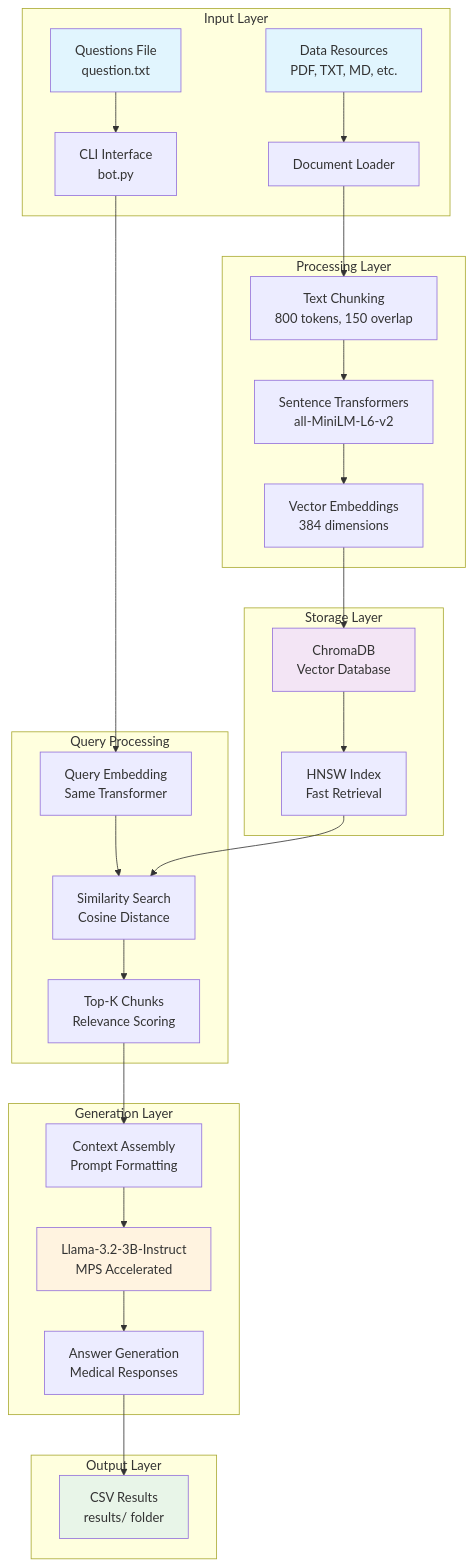
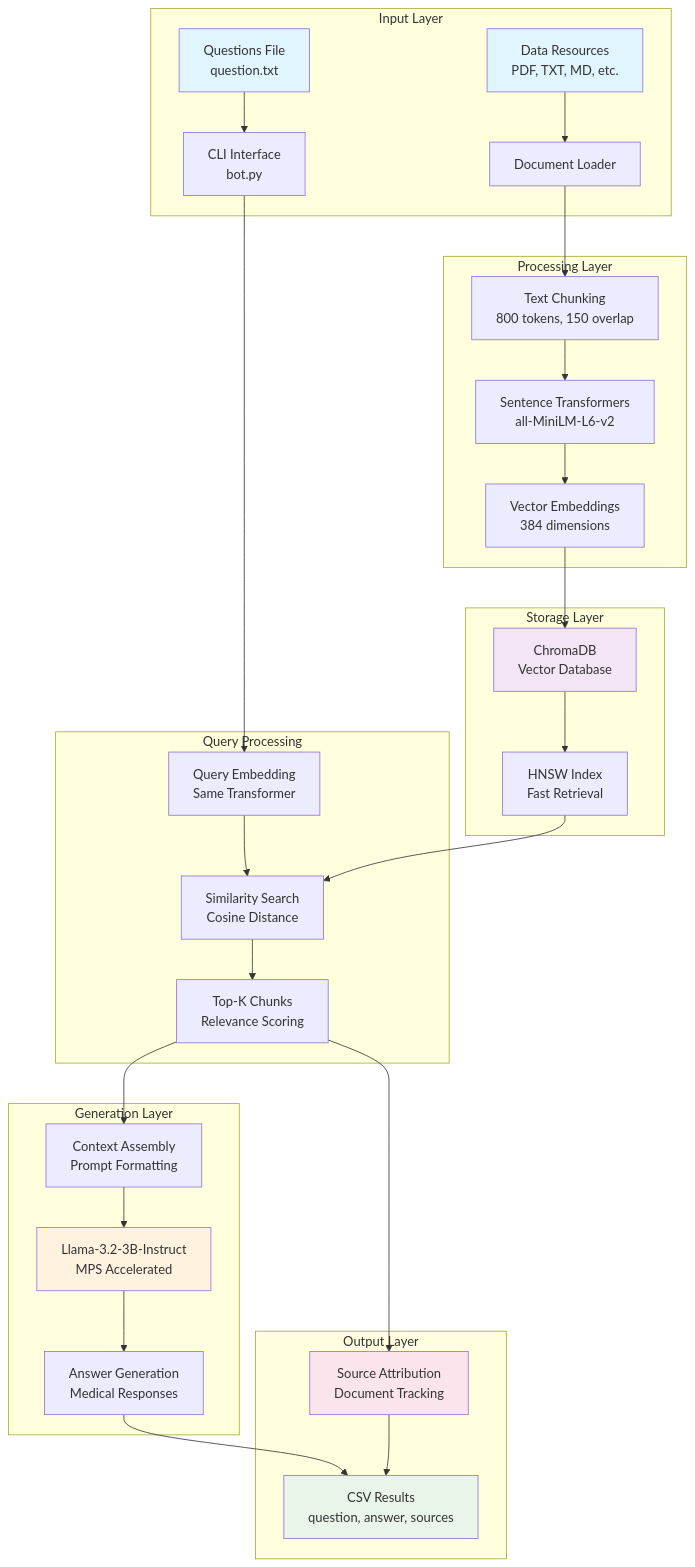
One commit to uclamii/CGT-LLM-Beta changed the first of 2 diagrams in README.md. Above: the diagram before and after it, drawn with Mermaid. The commit also changed other lines of this file, not shown here.

````diff
--- a/README.md
+++ b/README.md
@@ -210,41 +243,44 @@
 ```mermaid
 graph TB
     subgraph "Input Layer"
         A[Questions File<br/>question.txt] --> B[CLI Interface<br/>bot.py]
         C[Data Resources<br/>PDF, TXT, MD, etc.] --> D[Document Loader]
     end
     
     subgraph "Processing Layer"
         D --> E[Text Chunking<br/>800 tokens, 150 overlap]
         E --> F[Sentence Transformers<br/>all-MiniLM-L6-v2]
         F --> G[Vector Embeddings<br/>384 dimensions]
     end
     
     subgraph "Storage Layer"
         G --> H[ChromaDB<br/>Vector Database]
         H --> I[HNSW Index<br/>Fast Retrieval]
     end
     
     subgraph "Query Processing"
         B --> J[Query Embedding<br/>Same Transformer]
         J --> K[Similarity Search<br/>Cosine Distance]
         K --> L[Top-K Chunks<br/>Relevance Scoring]
     end
     
     subgraph "Generation Layer"
         L --> M[Context Assembly<br/>Prompt Formatting]
         M --> N[Llama-3.2-3B-Instruct<br/>MPS Accelerated]
         N --> O[Answer Generation<br/>Medical Responses]
     end
     
     subgraph "Output Layer"
-        O --> P[CSV Results<br/>results/ folder]
+        O --> P[CSV Results<br/>question, answer, sources]
+        L --> Q[Source Attribution<br/>Document Tracking]
+        Q --> P
         I --> K
     end
     
     style A fill:#e1f5fe
     style C fill:#e1f5fe
     style H fill:#f3e5f5
     style N fill:#fff3e0
     style P fill:#e8f5e8
+    style Q fill:#fce4ec
 ```
````
